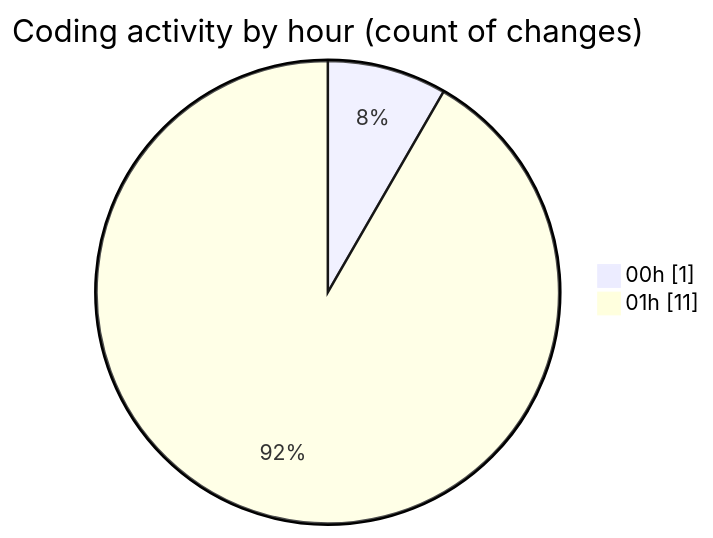
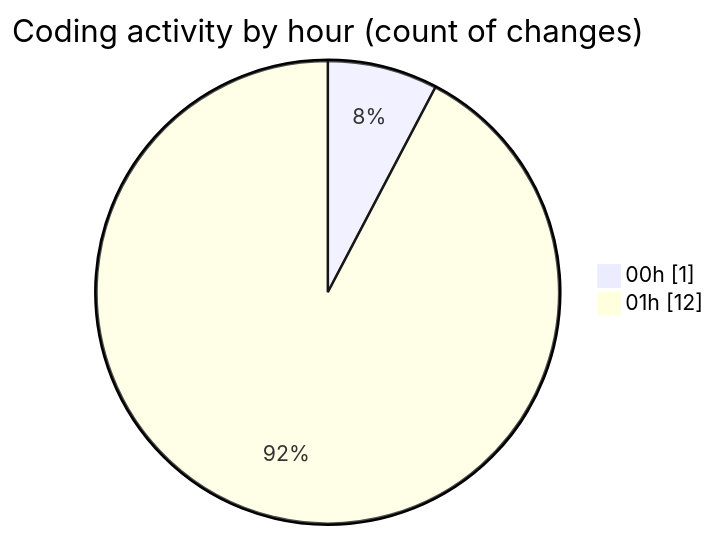
One commit to julien-gomy/code-tracking changed the second of 2 diagrams in 2025-11-01/cdp_aleoudev_fr__workspace_/README.md. Above: the diagram before and after it, drawn with Mermaid. The commit also changed other lines of this file and 1 other file, not shown here.

````diff
--- a/2025-11-01/cdp_aleoudev_fr__workspace_/README.md
+++ b/2025-11-01/cdp_aleoudev_fr__workspace_/README.md
@@ -31,6 +31,6 @@
 ```mermaid
 pie showData
 title Coding activity by hour (count of changes)
 "00h" : 1
-"01h" : 11
+"01h" : 12
 ```
````
